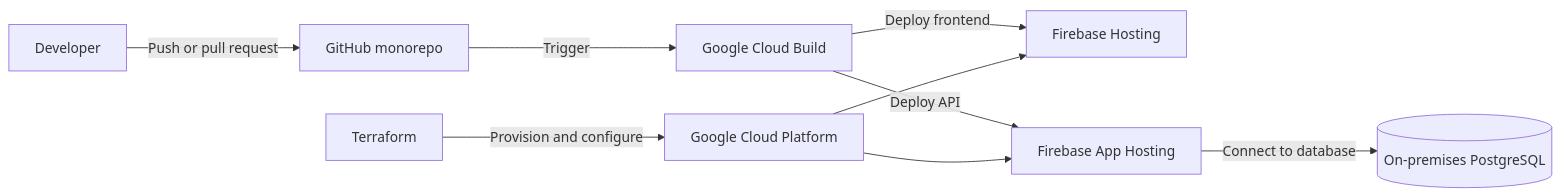
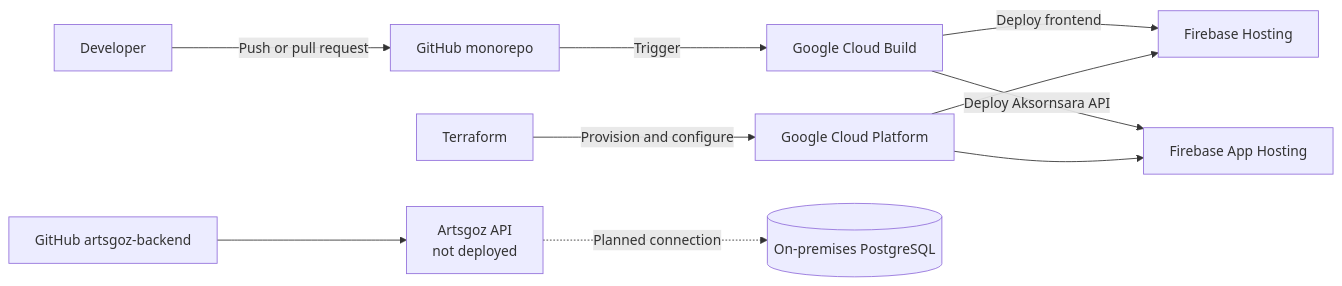
One commit to artsgoz/documentation changed the diagram in infrastructure/infrastructure.md. Above: the diagram before and after it, drawn with Mermaid. The commit also changed other lines of this file and 3 other files, not shown here.

Commit message:
docs: add architecture overview

````diff
--- a/infrastructure/infrastructure.md
+++ b/infrastructure/infrastructure.md
@@ -25,11 +26,12 @@
 ```mermaid
 flowchart LR
     Developer[Developer] -->|Push or pull request| GitHub[GitHub monorepo]
+    BackendRepo[GitHub artsgoz-backend] --> ArtsAPI[Artsgoz API<br/>not deployed]
     GitHub -->|Trigger| CloudBuild[Google Cloud Build]
     CloudBuild -->|Deploy frontend| FirebaseHosting[Firebase Hosting]
-    CloudBuild -->|Deploy API| AppHosting[Firebase App Hosting]
+    CloudBuild -->|Deploy Aksornsara API| AppHosting[Firebase App Hosting]
     Terraform[Terraform] -->|Provision and configure| GCP[Google Cloud Platform]
     GCP --> FirebaseHosting
     GCP --> AppHosting
-    AppHosting -->|Connect to database| PostgreSQL[(On-premises PostgreSQL)]
+    ArtsAPI -.->|Planned connection| PostgreSQL[(On-premises PostgreSQL)]
 ```
````
